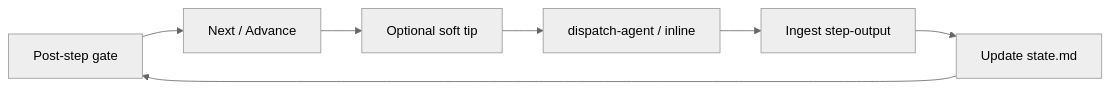
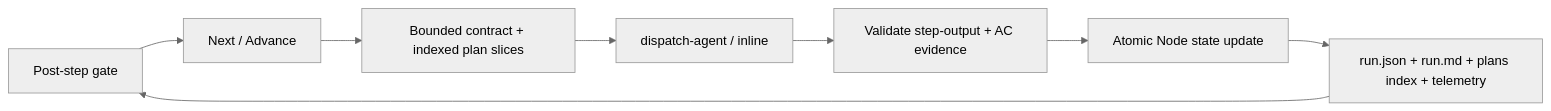
Before and after one commit to jpolvora/workflow-skills: the fourth of 6 diagrams in .agents/skills/ws-spec-to-pr/DIAGRAM.md, drawn with Mermaid (neutral theme). The commit also changed other lines of this file and 147 other files, not shown here.

````diff
--- a/.agents/skills/ws-spec-to-pr/DIAGRAM.md
+++ b/.agents/skills/ws-spec-to-pr/DIAGRAM.md
@@ -83,9 +83,10 @@
 ```mermaid
 flowchart LR
   Gate[Post-step gate] --> Advance[Next / Advance]
-  Advance --> Tip[Optional soft tip]
-  Tip --> Disp[dispatch-agent / inline]
-  Disp --> Ingest[Ingest step-output]
-  Ingest --> State[Update state.md]
-  State --> Gate
+  Advance --> Context[Bounded contract + indexed plan slices]
+  Context --> Disp[dispatch-agent / inline]
+  Disp --> Ingest[Validate step-output + AC evidence]
+  Ingest --> State[Atomic Node state update]
+  State --> Derived[run.json + run.md + plans index + telemetry]
+  Derived --> Gate
 ```
````
